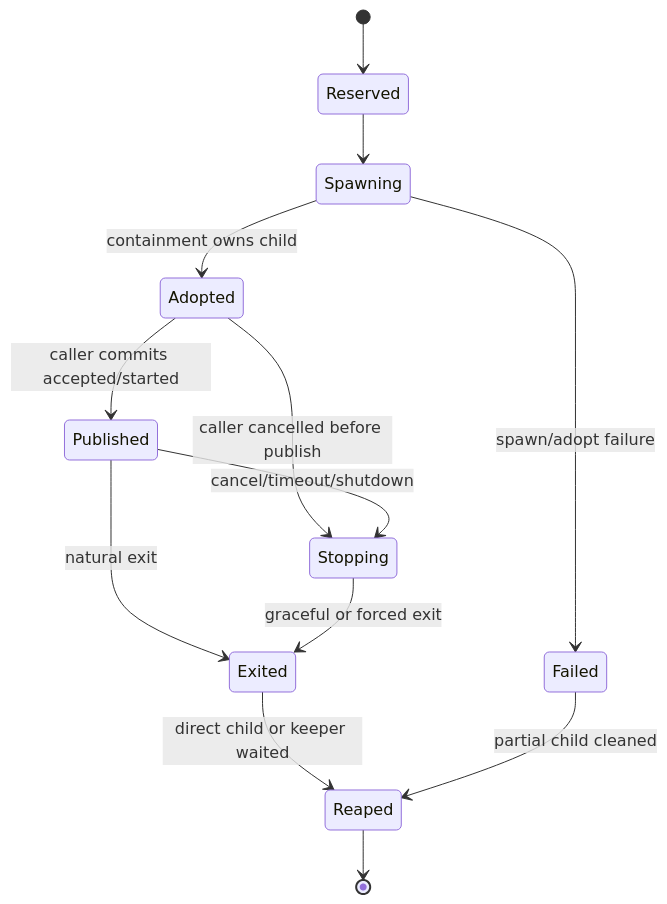
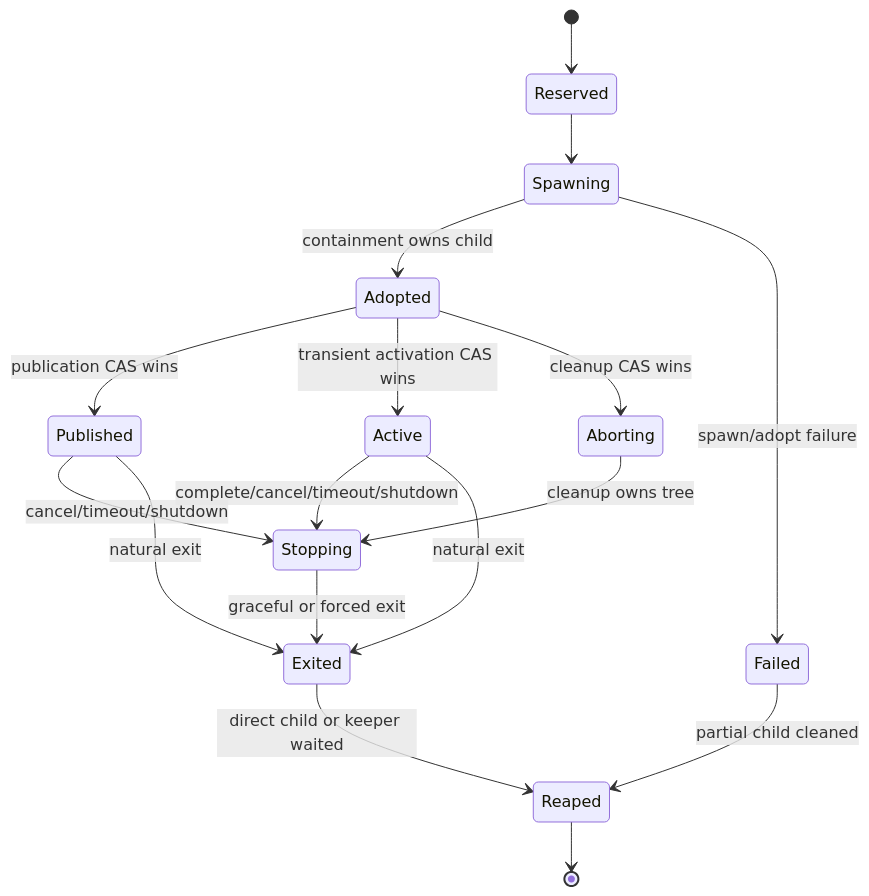
Before and after one commit to yoophi/agentic-workspace: the diagram in specs/045-process-supervisor/data-model.md, drawn with Mermaid. The commit also changed other lines of this file and 10 other files, not shown here.

````diff
--- a/specs/045-process-supervisor/data-model.md
+++ b/specs/045-process-supervisor/data-model.md
@@ -45,15 +46,19 @@
 ```mermaid
 stateDiagram-v2
     [*] --> Reserved
     Reserved --> Spawning
     Spawning --> Adopted: containment owns child
     Spawning --> Failed: spawn/adopt failure
-    Adopted --> Published: caller commits accepted/started
-    Adopted --> Stopping: caller cancelled before publish
+    Adopted --> Published: publication CAS wins
+    Adopted --> Active: transient activation CAS wins
+    Adopted --> Aborting: cleanup CAS wins
+    Aborting --> Stopping: cleanup owns tree
     Published --> Stopping: cancel/timeout/shutdown
+    Active --> Stopping: complete/cancel/timeout/shutdown
     Published --> Exited: natural exit
+    Active --> Exited: natural exit
     Stopping --> Exited: graceful or forced exit
     Exited --> Reaped: direct child or keeper waited
     Failed --> Reaped: partial child cleaned
     Reaped --> [*]
 ```
````
